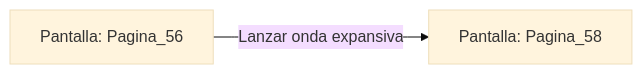
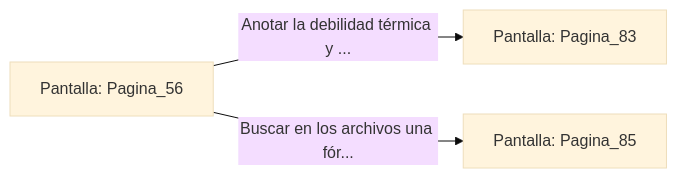
One commit to metsuke/mpl changed the diagram in sample/eligejuego-vault/Pantalla_Pagina_56.md. Above: the diagram before and after it, drawn with Mermaid (base theme). The commit also changed other lines of this file and 635 other files, not shown here.

First line of the commit message:
fix: añadir Pagina_1 como pantalla inicial en capitulo_01.mpl

````diff
--- a/sample/eligejuego-vault/Pantalla_Pagina_56.md
+++ b/sample/eligejuego-vault/Pantalla_Pagina_56.md
@@ -14,5 +22,6 @@
 ```mermaid
 graph LR
     P_Pagina_56["Pantalla: Pagina_56"]
-    P_Pagina_56 -->|"Lanzar onda expansiva"| P_Pagina_58["Pantalla: Pagina_58"]
+    P_Pagina_56 -->|"Anotar la debilidad térmica y ..."| P_Pagina_83["Pantalla: Pagina_83"]
+    P_Pagina_56 -->|"Buscar en los archivos una fór..."| P_Pagina_85["Pantalla: Pagina_85"]
 ```
````
